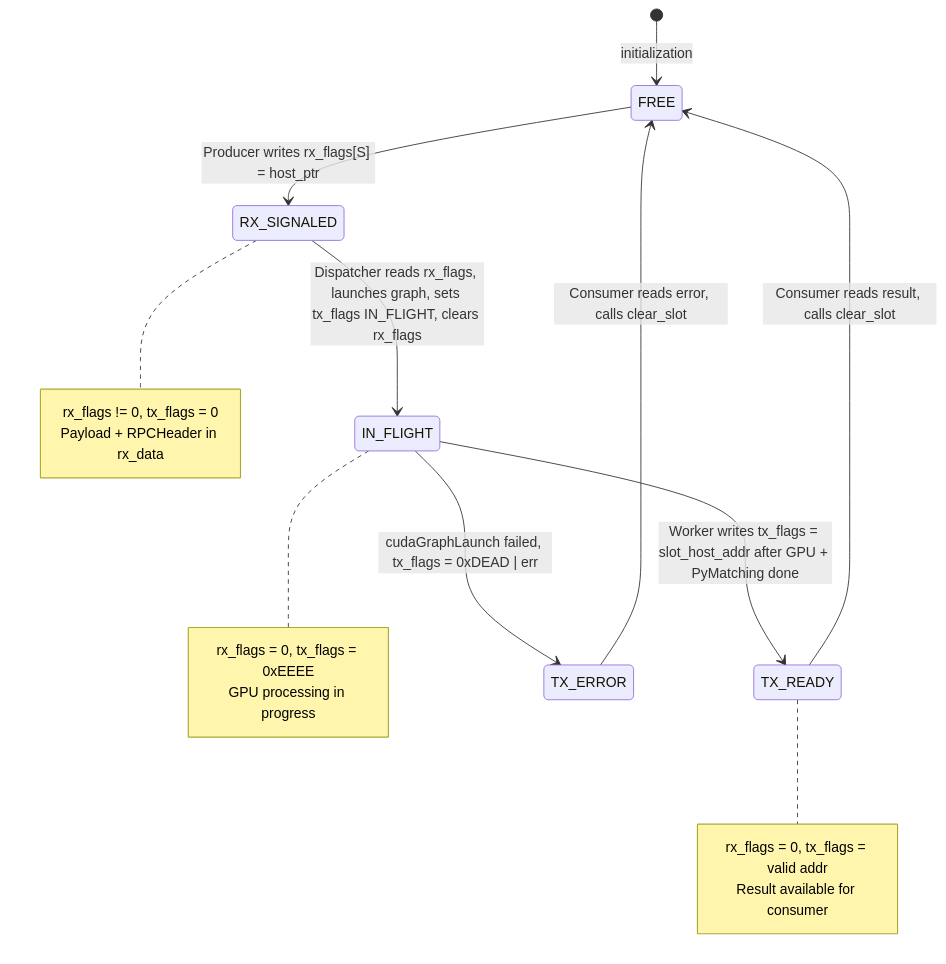
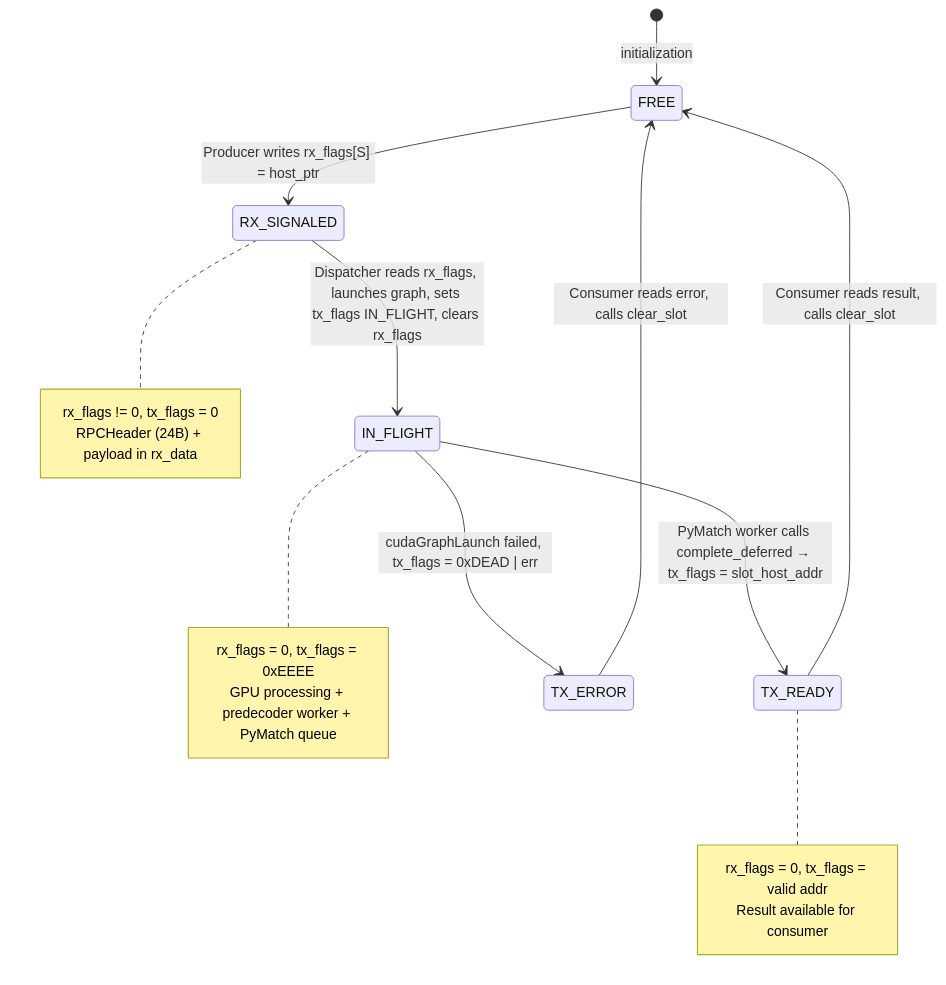
One commit to wsttiger/cudaqx changed the fourth of 8 diagrams in docs/realtime_pipeline_architecture.md. Above: the diagram before and after it, drawn with Mermaid. The commit also changed other lines of this file and 5 other files, not shown here.

First line of the commit message:
Decouple PyMatching workers from predecoder workers and update docs

````diff
--- a/docs/realtime_pipeline_architecture.md
+++ b/docs/realtime_pipeline_architecture.md
@@ -222,27 +264,27 @@
 ```mermaid
 stateDiagram-v2
     [*] --> FREE : initialization
 
     FREE --> RX_SIGNALED : Producer writes rx_flags[S] = host_ptr
     note right of RX_SIGNALED
         rx_flags != 0, tx_flags = 0
-        Payload + RPCHeader in rx_data
+        RPCHeader (24B) + payload in rx_data
     end note
 
     RX_SIGNALED --> IN_FLIGHT : Dispatcher reads rx_flags, launches graph, sets tx_flags IN_FLIGHT, clears rx_flags
     note right of IN_FLIGHT
         rx_flags = 0, tx_flags = 0xEEEE
-        GPU processing in progress
+        GPU processing + predecoder worker + PyMatch queue
     end note
 
-    IN_FLIGHT --> TX_READY : Worker writes tx_flags = slot_host_addr after GPU + PyMatching done
+    IN_FLIGHT --> TX_READY : PyMatch worker calls complete_deferred → tx_flags = slot_host_addr
     note right of TX_READY
         rx_flags = 0, tx_flags = valid addr
         Result available for consumer
     end note
 
     TX_READY --> FREE : Consumer reads result, calls clear_slot
 
     IN_FLIGHT --> TX_ERROR : cudaGraphLaunch failed, tx_flags = 0xDEAD | err
     TX_ERROR --> FREE : Consumer reads error, calls clear_slot
 ```
````
